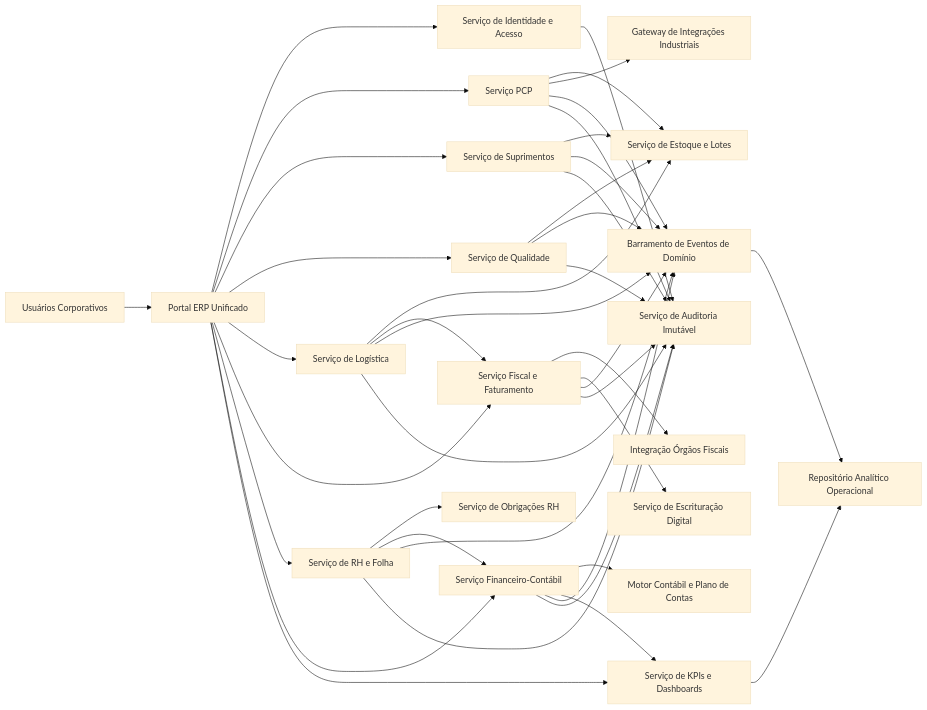
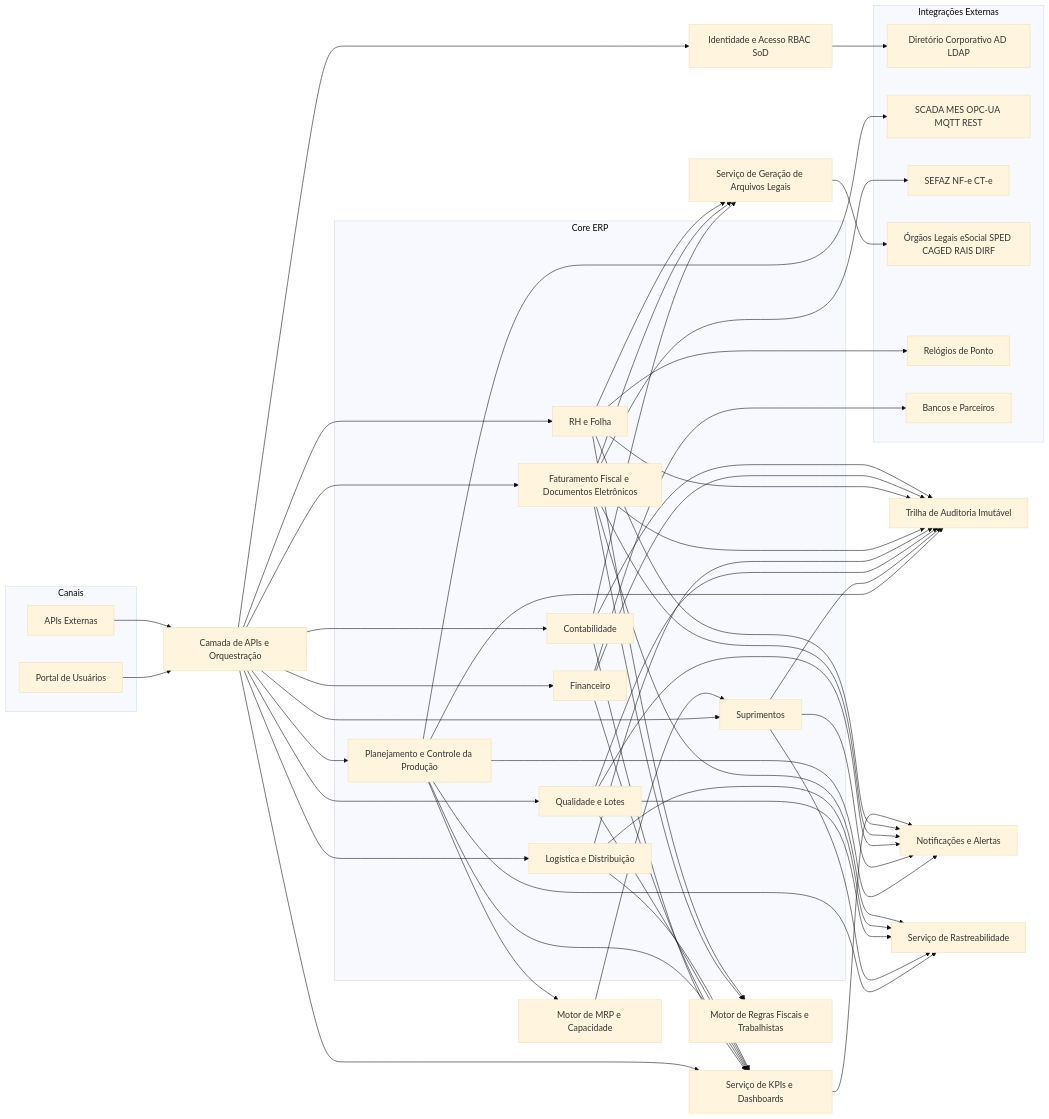
One commit to PDC-ESIA/AI4ES changed the first of 2 diagrams in docs/Time_2_Design/analise-qualitativa/outputs/relatorio_gpt_5_3_codex_G03.md. Above: the diagram before and after it, drawn with Mermaid (base theme). The commit also changed other lines of this file and 93 other files, not shown here.

````diff
--- a/docs/Time_2_Design/analise-qualitativa/outputs/relatorio_gpt_5_3_codex_G03.md
+++ b/docs/Time_2_Design/analise-qualitativa/outputs/relatorio_gpt_5_3_codex_G03.md
@@ -26,52 +26,95 @@
 ```mermaid
 flowchart LR
-    U[Usuários Corporativos] --> UI[Portal ERP Unificado]
+    subgraph Canais
+        WEB[Portal de Usuários]
+        APIEXT[APIs Externas]
+    end
 
-    UI --> IAM[Serviço de Identidade e Acesso]
-    UI --> PCP[Serviço PCP]
-    UI --> SUP[Serviço de Suprimentos]
-    UI --> QLT[Serviço de Qualidade]
-    UI --> LOG[Serviço de Logística]
-    UI --> FIS[Serviço Fiscal e Faturamento]
-    UI --> RH[Serviço de RH e Folha]
-    UI --> FIN[Serviço Financeiro-Contábil]
-    UI --> BI[Serviço de KPIs e Dashboards]
+    GATE[Camada de APIs e Orquestração]
+    IAM[Identidade e Acesso RBAC SoD]
+    AUDIT[Trilha de Auditoria Imutável]
+    NOTIF[Notificações e Alertas]
 
-    PCP --> EST[Serviço de Estoque e Lotes]
-    PCP --> INTF[Gateway de Integrações Industriais]
-    PCP --> EVT[Barramento de Eventos de Domínio]
+    subgraph Core ERP
+        PCP[Planejamento e Controle da Produção]
+        SUP[Suprimentos]
+        QLT[Qualidade e Lotes]
+        LOG[Logística e Distribuição]
+        FIS[Faturamento Fiscal e Documentos Eletrônicos]
+        RH[RH e Folha]
+        FIN[Financeiro]
+        CONT[Contabilidade]
+    end
 
-    SUP --> EST
-    SUP --> EVT
+    MRP[Motor de MRP e Capacidade]
+    KPI[Serviço de KPIs e Dashboards]
+    RULES[Motor de Regras Fiscais e Trabalhistas]
+    TRACE[Serviço de Rastreabilidade]
+    DOCS[Serviço de Geração de Arquivos Legais]
 
-    QLT --> EST
-    QLT --> EVT
+    subgraph Integrações Externas
+        AD[Diretório Corporativo AD LDAP]
+        SCADA[SCADA MES OPC-UA MQTT REST]
+        SEFAZ[SEFAZ NF-e CT-e]
+        ORGAOS[Órgãos Legais eSocial SPED CAGED RAIS DIRF]
+        CLOCK[Relógios de Ponto]
+        BANK[Bancos e Parceiros]
+    end
 
-    LOG --> EST
-    LOG --> FIS
-    LOG --> EVT
+    WEB --> GATE
+    APIEXT --> GATE
 
-    FIS --> EXTSEFAZ[Integração Órgãos Fiscais]
-    FIS --> SPED[Serviço de Escrituração Digital]
-    FIS --> EVT
+    GATE --> IAM
+    GATE --> PCP
+    GATE --> SUP
+    GATE --> QLT
+    GATE --> LOG
+    GATE --> FIS
+    GATE --> RH
+    GATE --> FIN
+    GATE --> CONT
+    GATE --> KPI
 
-    RH --> OBRH[Serviço de Obrigações RH]
-    RH --> FIN
-    RH --> EVT
+    PCP --> MRP
+    MRP --> SUP
+    PCP --> TRACE
+    SUP --> TRACE
+    QLT --> TRACE
+    LOG --> TRACE
+    FIS --> TRACE
 
-    FIN --> CONT[Motor Contábil e Plano de Contas]
-    FIN --> BI
-    FIN --> EVT
+    FIS --> RULES
+    RH --> RULES
+    CONT --> DOCS
+    FIS --> DOCS
+    RH --> DOCS
 
-    BI --> DW[Repositório Analítico Operacional]
-    EVT --> DW
+    PCP --> SCADA
+    RH --> CLOCK
+    IAM --> AD
+    FIS --> SEFAZ
+    DOCS --> ORGAOS
+    FIN --> BANK
 
-    IAM --> AUD[Serviço de Auditoria Imutável]
-    PCP --> AUD
-    SUP --> AUD
-    QLT --> AUD
-    LOG --> AUD
-    FIS --> AUD
-    RH --> AUD
-    FIN --> AUD
+    PCP --> AUDIT
+    SUP --> AUDIT
+    QLT --> AUDIT
+    LOG --> AUDIT
+    FIS --> AUDIT
+    RH --> AUDIT
+    FIN --> AUDIT
+    CONT --> AUDIT
+
+    PCP --> NOTIF
+    SUP --> NOTIF
+    QLT --> NOTIF
+    FIS --> NOTIF
+    RH --> NOTIF
+    KPI --> NOTIF
+
+    CONT --> KPI
+    FIN --> KPI
+    PCP --> KPI
+    QLT --> KPI
+    LOG --> KPI
 ```
````
